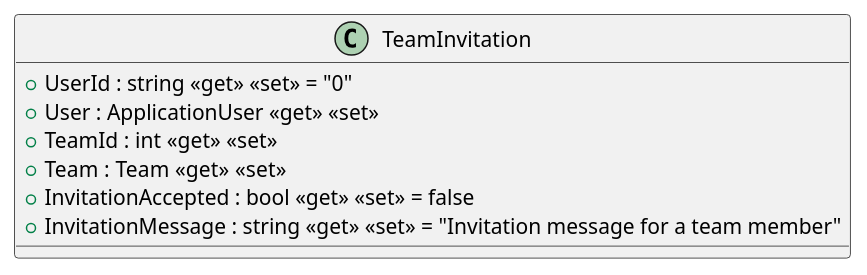
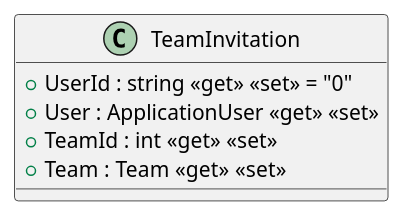
The diagram in src/AppForSEII.API/ClassDiagram/TeamInvitation.puml (SEII2627LosBalicki/ISII2627LosBalicki), drawn with PlantUML before and after one commit. The commit also changed 1 other file, not shown here.

Commit message:
remove redundances in classs diagrams

```diff
--- a/src/AppForSEII.API/ClassDiagram/TeamInvitation.puml
+++ b/src/AppForSEII.API/ClassDiagram/TeamInvitation.puml
@@ -1,10 +1,8 @@
 @startuml
 class TeamInvitation {
     + UserId : string <<get>> <<set>> = "0"
     + User : ApplicationUser <<get>> <<set>>
     + TeamId : int <<get>> <<set>>
     + Team : Team <<get>> <<set>>
-    + InvitationAccepted : bool <<get>> <<set>> = false
-    + InvitationMessage : string <<get>> <<set>> = "Invitation message for a team member"
 }
 @enduml
```
